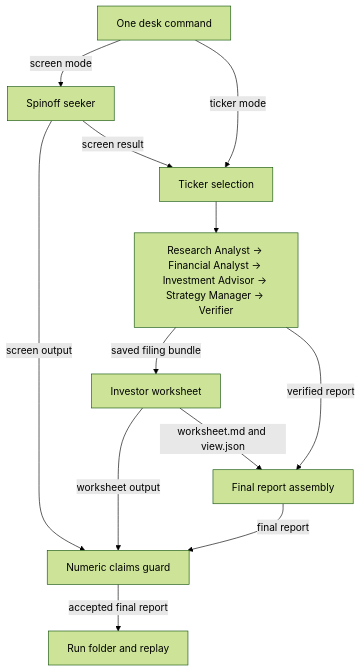
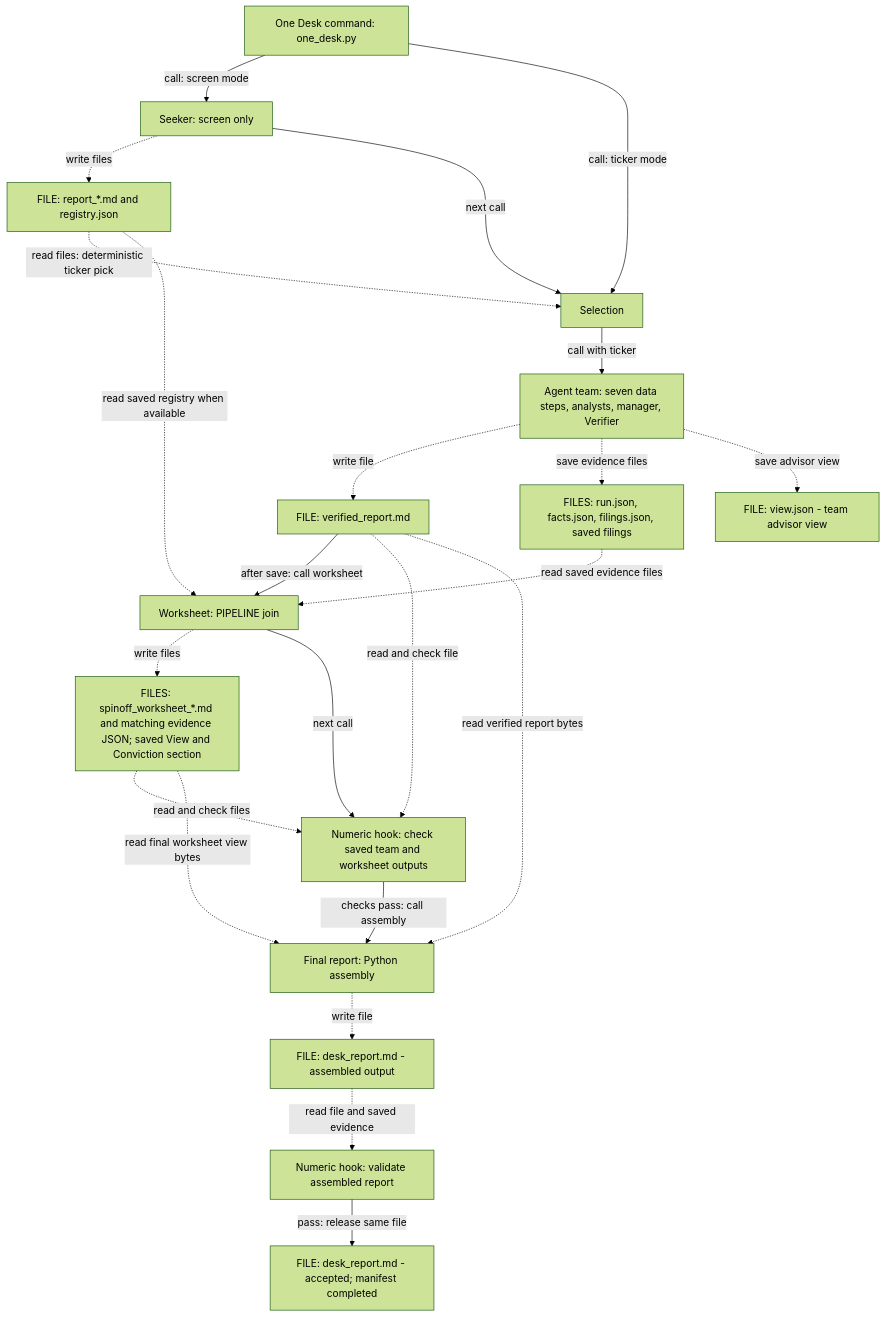
The diagram in CHECKPOINT-3.md (Martingee123/MasteringAI-Desk), drawn with Mermaid (forest theme) before and after one commit. The commit also changed other lines of this file and 86 other files, not shown here.

Commit message:
Complete Team MJF Lab 09 desk

````diff
--- a/CHECKPOINT-3.md
+++ b/CHECKPOINT-3.md
@@ -10,14 +13,40 @@
 ```mermaid
 flowchart TD
-    Command["One desk command"] -->|"screen mode"| Seeker["Spinoff seeker"]
-    Seeker -->|"screen result"| Pick["Ticker selection"]
-    Command -->|"ticker mode"| Pick
-    Pick --> Team["Research Analyst → Financial Analyst → Investment Advisor → Strategy Manager → Verifier"]
-    Team -->|"saved filing bundle"| Worksheet["Investor worksheet"]
-    Worksheet -->|"worksheet.md and view.json"| Assemble["Final report assembly"]
-    Team -->|"verified report"| Assemble
-    Seeker -->|"screen output"| Guard["Numeric claims guard"]
-    Worksheet -->|"worksheet output"| Guard
-    Assemble -->|"final report"| Guard
-    Guard -->|"accepted final report"| Result["Run folder and replay"]
+    Command["One Desk command: one_desk.py"]
+    Seeker["Seeker: screen only"]
+    Selection["Selection"]
+    Team["Agent team: seven data steps, analysts, manager, Verifier"]
+    ScreenFiles["FILE: report_*.md and registry.json"]
+    Verified["FILE: verified_report.md"]
+    Bundle["FILES: run.json, facts.json, filings.json, saved filings"]
+    Worksheet["Worksheet: PIPELINE join"]
+    WorksheetFiles["FILES: spinoff_worksheet_*.md and matching evidence JSON; saved View and Conviction section"]
+    View["FILE: view.json - team advisor view"]
+    Guard["Numeric hook: check saved team and worksheet outputs"]
+    Assembly["Final report: Python assembly"]
+    Draft["FILE: desk_report.md - assembled output"]
+    FinalGuard["Numeric hook: validate assembled report"]
+    Final["FILE: desk_report.md - accepted; manifest completed"]
+    Command -->|"call: screen mode"| Seeker
+    Seeker -.->|"write files"| ScreenFiles
+    Seeker -->|"next call"| Selection
+    ScreenFiles -.->|"read files: deterministic ticker pick"| Selection
+    Command -->|"call: ticker mode"| Selection
+    Selection -->|"call with ticker"| Team
+    Team -.->|"write file"| Verified
+    Team -.->|"save evidence files"| Bundle
+    Team -.->|"save advisor view"| View
+    Verified -->|"after save: call worksheet"| Worksheet
+    Bundle -.->|"read saved evidence files"| Worksheet
+    ScreenFiles -.->|"read saved registry when available"| Worksheet
+    Worksheet -.->|"write files"| WorksheetFiles
+    Worksheet -->|"next call"| Guard
+    Verified -.->|"read and check file"| Guard
+    WorksheetFiles -.->|"read and check files"| Guard
+    Guard -->|"checks pass: call assembly"| Assembly
+    Verified -.->|"read verified report bytes"| Assembly
+    WorksheetFiles -.->|"read final worksheet view bytes"| Assembly
+    Assembly -.->|"write file"| Draft
+    Draft -.->|"read file and saved evidence"| FinalGuard
+    FinalGuard -->|"pass: release same file"| Final
 ```
````
